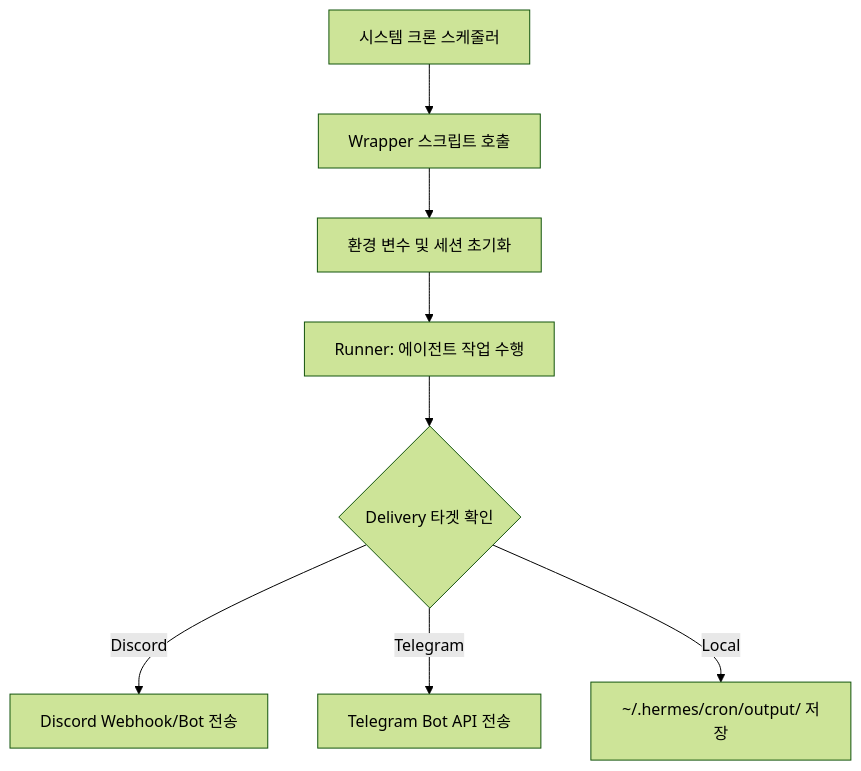
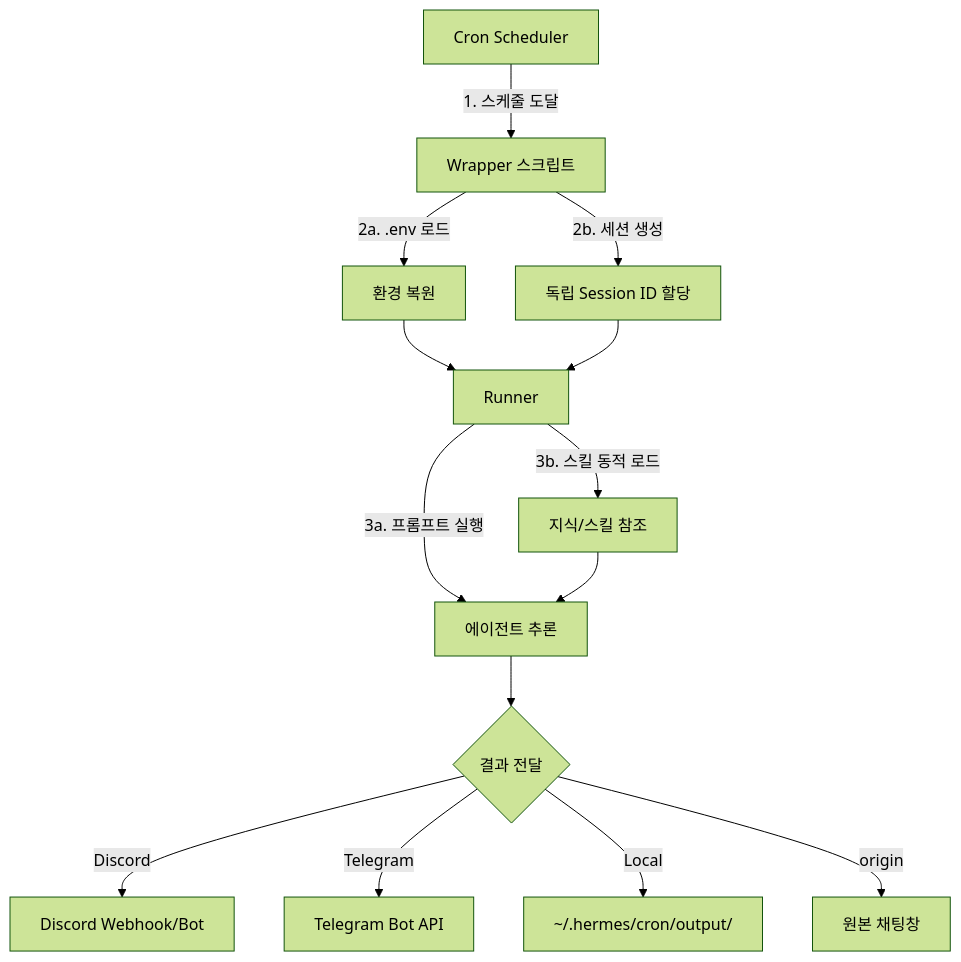
One commit to pheanor-agent/p-hermes changed the first of 2 diagrams in docs/wiki/guides/automation.md. Above: the diagram before and after it, drawn with Mermaid (forest theme). The commit also changed other lines of this file and 46 other files, not shown here.

````diff
--- a/docs/wiki/guides/automation.md
+++ b/docs/wiki/guides/automation.md
@@ -38,10 +135,16 @@
 ```mermaid
 graph TD
-    A[시스템 크론 스케줄러] --> B[Wrapper 스크립트 호출]
-    B --> C[환경 변수 및 세션 초기화]
-    C --> D[Runner: 에이전트 작업 수행]
-    D --> E{Delivery 타겟 확인}
-    E -- Discord --> F[Discord Webhook/Bot 전송]
-    E -- Telegram --> G[Telegram Bot API 전송]
-    E -- Local --> H[~/.hermes/cron/output/ 저장]
+    A[Cron Scheduler] -->|"1. 스케줄 도달"| B[Wrapper 스크립트]
+    B -->|"2a. .env 로드"| C[환경 복원]
+    B -->|"2b. 세션 생성"| D[독립 Session ID 할당]
+    C --> E[Runner]
+    D --> E
+    E -->|"3a. 프롬프트 실행"| F[에이전트 추론]
+    E -->|"3b. 스킬 동적 로드"| G[지식/스킬 참조]
+    G --> F
+    F --> H{결과 전달}
+    H -->|"Discord"| I[Discord Webhook/Bot]
+    H -->|"Telegram"| J[Telegram Bot API]
+    H -->|"Local"| K[~/.hermes/cron/output/]
+    H -->|"origin"| L[원본 채팅창]
 ```
````
